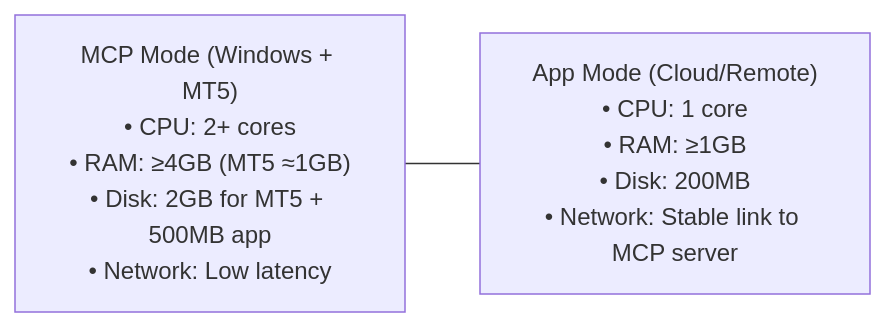
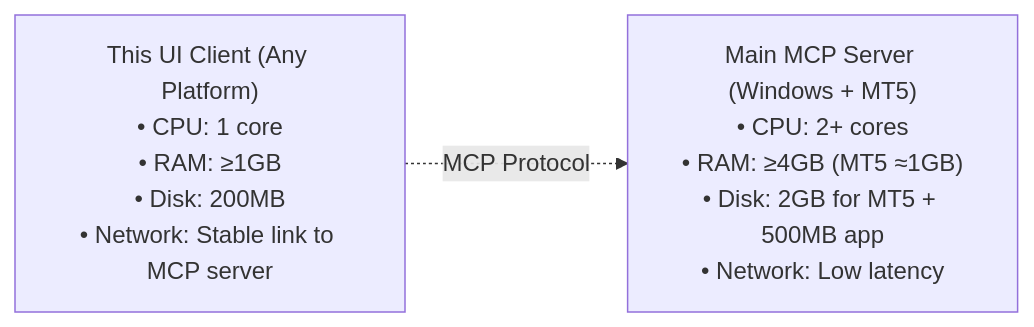
The third of 4 diagrams in docs/ARCHITECTURE.md (Cloudmeru/Metatrader-5-MCP-UI), drawn with Mermaid before and after one commit. The commit also changed other lines of this file and 1 other file, not shown here.

First line of the commit message:
docs: Correct architecture - UI is MCP client only, not server

````diff
--- a/docs/ARCHITECTURE.md
+++ b/docs/ARCHITECTURE.md
@@ -523,6 +531,6 @@
 ```mermaid
 flowchart LR
-  mcp_resources["MCP Mode (Windows + MT5)<br/>• CPU: 2+ cores<br/>• RAM: ≥4GB (MT5 ≈1GB)<br/>• Disk: 2GB for MT5 + 500MB app<br/>• Network: Low latency"]
-  app_resources["App Mode (Cloud/Remote)<br/>• CPU: 1 core<br/>• RAM: ≥1GB<br/>• Disk: 200MB<br/>• Network: Stable link to MCP server"]
-  mcp_resources --- app_resources
+  server_resources["Main MCP Server (Windows + MT5)<br/>• CPU: 2+ cores<br/>• RAM: ≥4GB (MT5 ≈1GB)<br/>• Disk: 2GB for MT5 + 500MB app<br/>• Network: Low latency"]
+  client_resources["This UI Client (Any Platform)<br/>• CPU: 1 core<br/>• RAM: ≥1GB<br/>• Disk: 200MB<br/>• Network: Stable link to MCP server"]
+  client_resources -.->|MCP Protocol| server_resources
 ```
````
